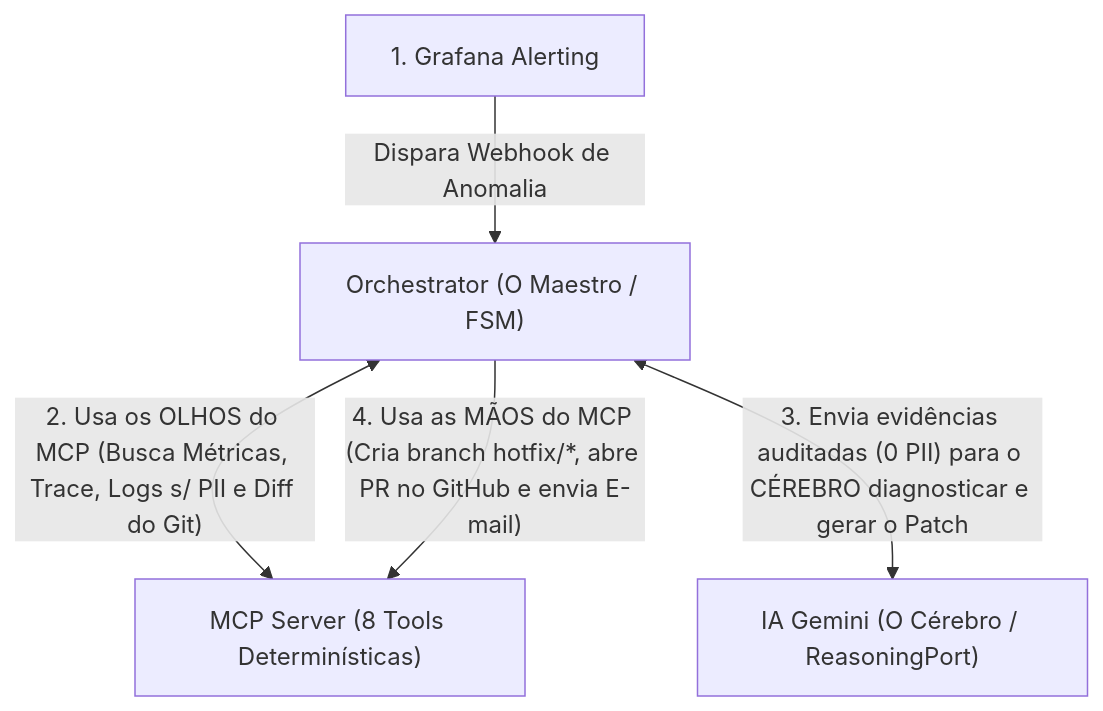
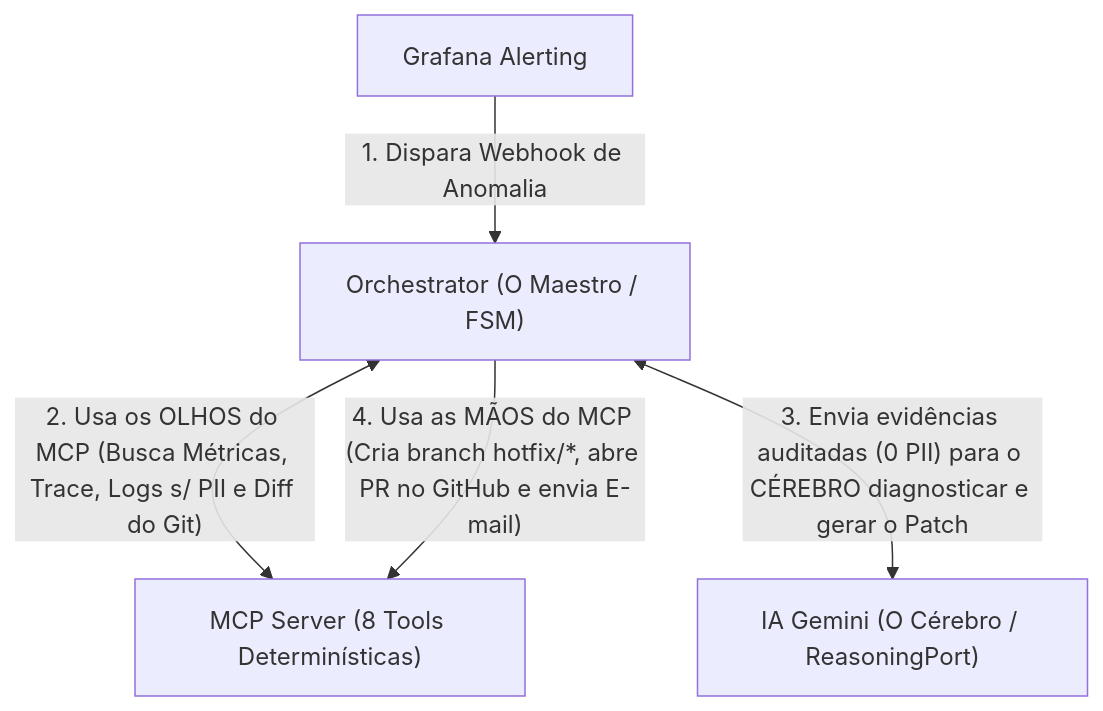
The first of 5 diagrams in docs/pt-BR/00_architecture_master.md (AdmilsonGoncalves/zeromttr), drawn with Mermaid before and after one commit.

Commit message:
docs(master): move step 1 number to edge label in §2.2 diagram

````diff
--- a/docs/pt-BR/00_architecture_master.md
+++ b/docs/pt-BR/00_architecture_master.md
@@ -60,7 +60,7 @@
 ```mermaid
 flowchart TD
-    GRAF["1. Grafana Alerting"] -->|"Dispara Webhook de Anomalia"| ORCH["Orchestrator (O Maestro / FSM)"]
+    GRAF["Grafana Alerting"] -->|"1. Dispara Webhook de Anomalia"| ORCH["Orchestrator (O Maestro / FSM)"]
     ORCH <-->|"2. Usa os OLHOS do MCP (Busca Métricas, Trace, Logs s/ PII e Diff do Git)"| MCP["MCP Server (8 Tools Determinísticas)"]
     ORCH <-->|"3. Envia evidências auditadas (0 PII) para o CÉREBRO diagnosticar e gerar o Patch"| IA["IA Gemini (O Cérebro / ReasoningPort)"]
     ORCH -->|"4. Usa as MÃOS do MCP (Cria branch hotfix/*, abre PR no GitHub e envia E-mail)"| MCP
 ```
````
